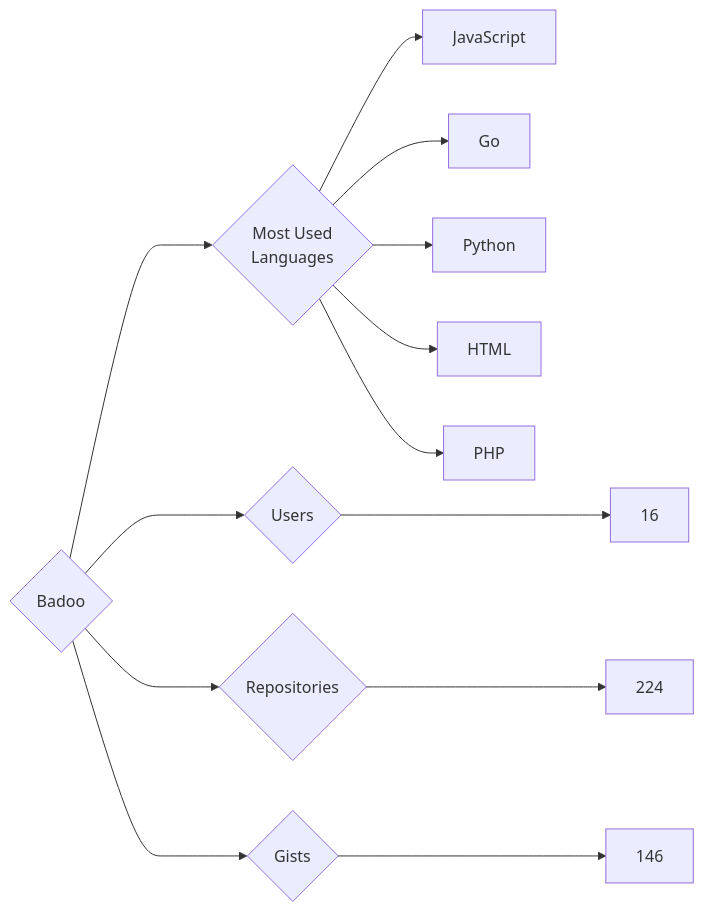
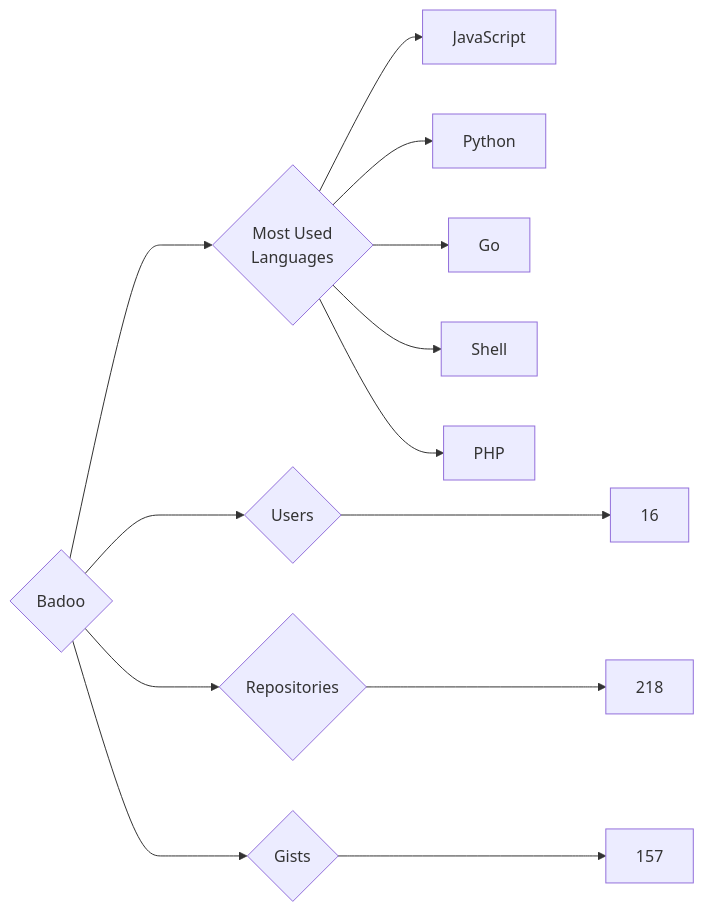
The diagram in targets/Badoo/README.md (trickest/insiders), drawn with Mermaid before and after one commit. The commit also changed 924 other files, not shown here.

````diff
--- a/targets/Badoo/README.md
+++ b/targets/Badoo/README.md
@@ -3,13 +3,13 @@
 ```mermaid
 graph LR
 COMPANY_NAME{Badoo}
 COMPANY_NAME ---> U{Users} ---> UN[16]
-COMPANY_NAME ---> R{Repositories} ---> RN[224]
-COMPANY_NAME ---> G{Gists} ---> GN[146]
+COMPANY_NAME ---> R{Repositories} ---> RN[218]
+COMPANY_NAME ---> G{Gists} ---> GN[157]
 COMPANY_NAME ---> ML{Most Used<br>Languages}
 ML --> JavaScript[JavaScript]
+ML --> Python[Python]
 ML --> Go[Go]
-ML --> Python[Python]
-ML --> HTML[HTML]
+ML --> Shell[Shell]
 ML --> PHP[PHP]
 ```
````
